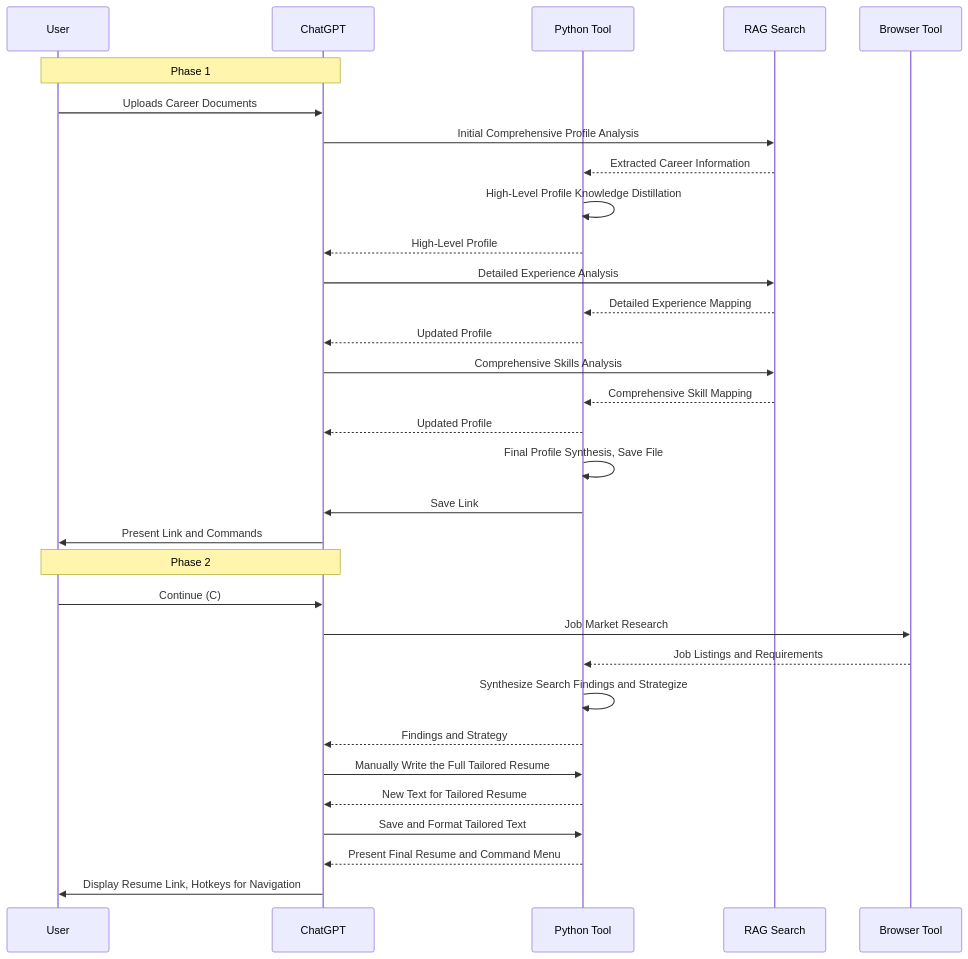
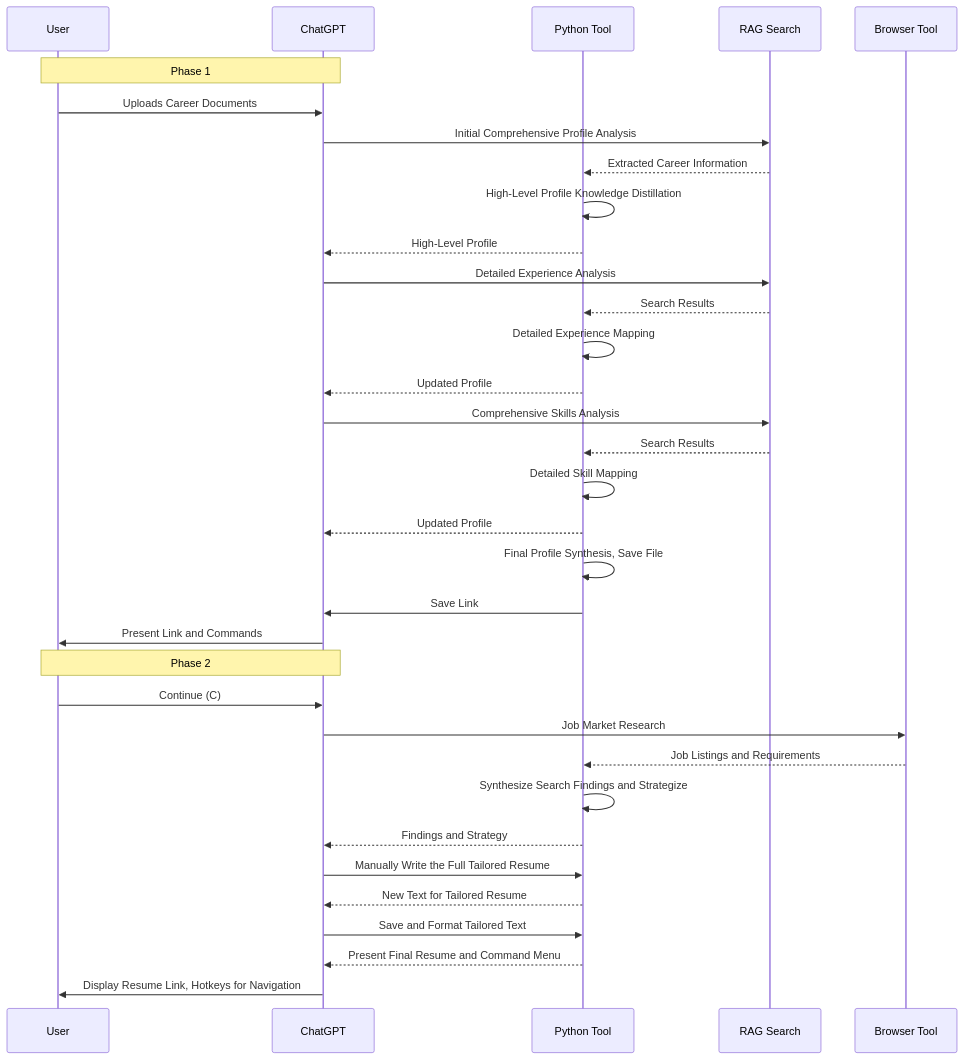
The third of 11 diagrams in README.md (nerority/Advanced-GPTs), drawn with Mermaid before and after one commit.

````diff
--- a/README.md
+++ b/README.md
@@ -187,36 +187,38 @@
 ```mermaid
 sequenceDiagram
     participant User
     participant ChatGPT
     participant PythonTool as Python Tool
     participant RAG as RAG Search
     participant Browser as Browser Tool
 
     note over User, ChatGPT: Phase 1
     User->>ChatGPT: Uploads Career Documents
     ChatGPT->>RAG: Initial Comprehensive Profile Analysis
     RAG-->>PythonTool: Extracted Career Information
     PythonTool->>PythonTool: High-Level Profile Knowledge Distillation
     PythonTool-->>ChatGPT: High-Level Profile
     ChatGPT->>RAG: Detailed Experience Analysis
-    RAG-->>PythonTool: Detailed Experience Mapping
+    RAG-->>PythonTool: Search Results
+    PythonTool->>PythonTool: Detailed Experience Mapping
     PythonTool-->>ChatGPT: Updated Profile
     ChatGPT->>RAG: Comprehensive Skills Analysis
-    RAG-->>PythonTool: Comprehensive Skill Mapping
+    RAG-->>PythonTool: Search Results
+    PythonTool->>PythonTool: Detailed Skill Mapping
     PythonTool-->>ChatGPT: Updated Profile
     PythonTool->>PythonTool: Final Profile Synthesis, Save File
     PythonTool->>ChatGPT: Save Link
     ChatGPT->>User: Present Link and Commands
 
     note over User, ChatGPT: Phase 2
     User->>ChatGPT: Continue (C)
     ChatGPT->>Browser: Job Market Research
     Browser-->>PythonTool: Job Listings and Requirements
     PythonTool->>PythonTool: Synthesize Search Findings and Strategize
     PythonTool-->>ChatGPT: Findings and Strategy
     ChatGPT->>PythonTool: Manually Write the Full Tailored Resume
     PythonTool-->>ChatGPT: New Text for Tailored Resume
     ChatGPT->>PythonTool: Save and Format Tailored Text
     PythonTool-->>ChatGPT: Present Final Resume and Command Menu
     ChatGPT->>User: Display Resume Link, Hotkeys for Navigation
 ```
````
